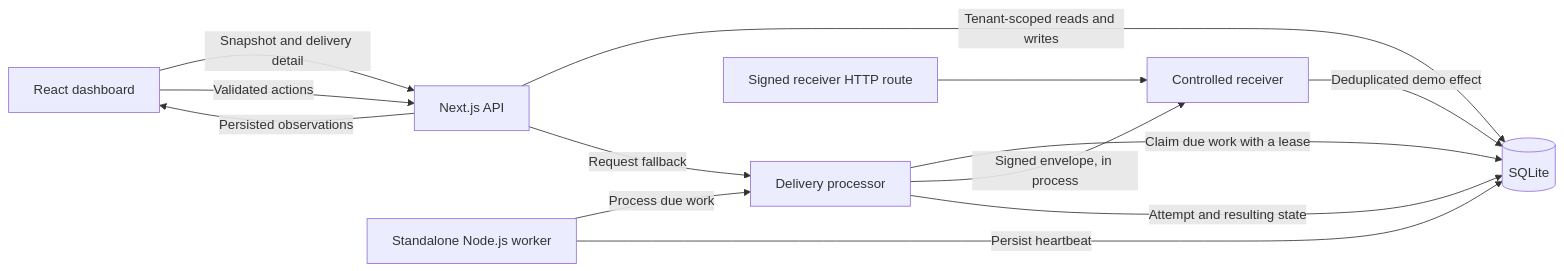
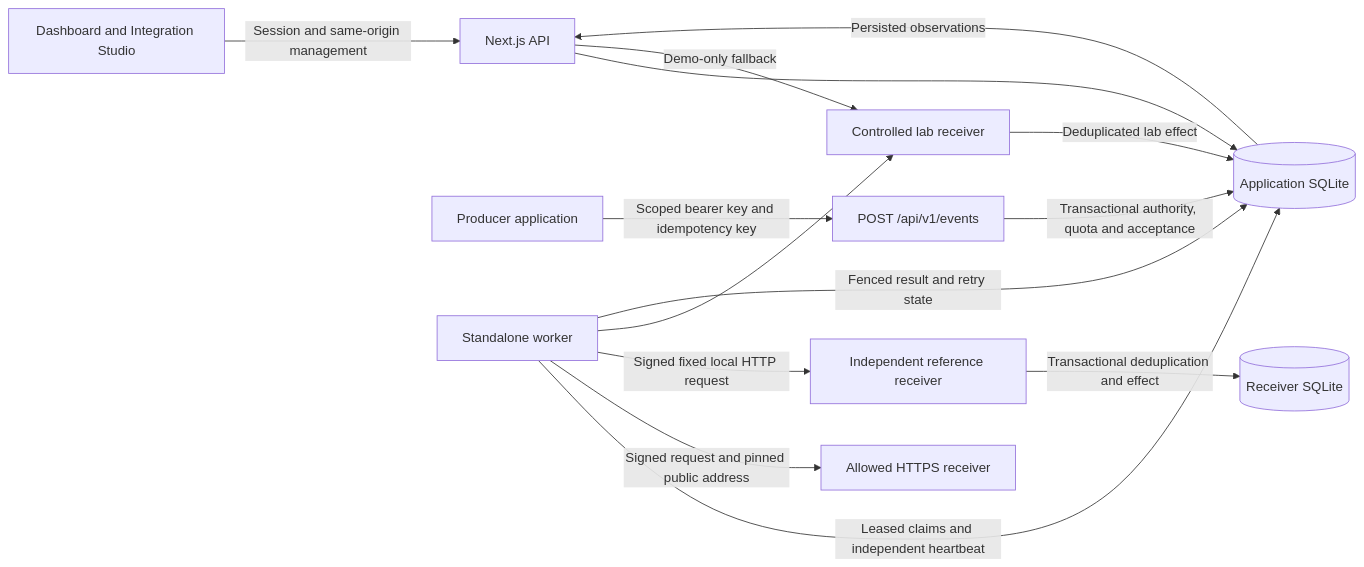
Before and after one commit to 22507260/relayforge: the first of 2 diagrams in docs/ARCHITECTURE.md, drawn with Mermaid. The commit also changed other lines of this file and 62 other files, not shown here.

Commit message:
Release live integrations with scoped producers and secure delivery

````diff
--- a/docs/ARCHITECTURE.md
+++ b/docs/ARCHITECTURE.md
@@ -7,15 +7,16 @@
 ```mermaid
 flowchart LR
-    Browser[React dashboard] -->|Snapshot and delivery detail| API[Next.js API]
-    Browser -->|Validated actions| API
-    API -->|Tenant-scoped reads and writes| DB[(SQLite)]
-    API -->|Request fallback| Processor[Delivery processor]
-    Worker[Standalone Node.js worker] -->|Process due work| Processor
-    Worker -->|Persist heartbeat| DB
-    Processor -->|Claim due work with a lease| DB
-    Processor -->|Signed envelope, in process| Receiver[Controlled receiver]
-    Receiver -->|Deduplicated demo effect| DB
-    Processor -->|Attempt and resulting state| DB
-    HTTP[Signed receiver HTTP route] --> Receiver
-    API -->|Persisted observations| Browser
+    Browser[Dashboard and Integration Studio] -->|Session and same-origin management| API[Next.js API]
+    Producer[Producer application] -->|Scoped bearer key and idempotency key| Ingest[POST /api/v1/events]
+    API --> DB[(Application SQLite)]
+    Ingest -->|Transactional authority, quota and acceptance| DB
+    API -->|Demo-only fallback| Lab[Controlled lab receiver]
+    Worker[Standalone worker] -->|Leased claims and independent heartbeat| DB
+    Worker -->|Signed request and pinned public address| HTTPS[Allowed HTTPS receiver]
+    Worker -->|Signed fixed local HTTP request| Reference[Independent reference receiver]
+    Worker --> Lab
+    Reference -->|Transactional deduplication and effect| ReceiverDB[(Receiver SQLite)]
+    Lab -->|Deduplicated lab effect| DB
+    Worker -->|Fenced result and retry state| DB
+    DB -->|Persisted observations| API
 ```
````
